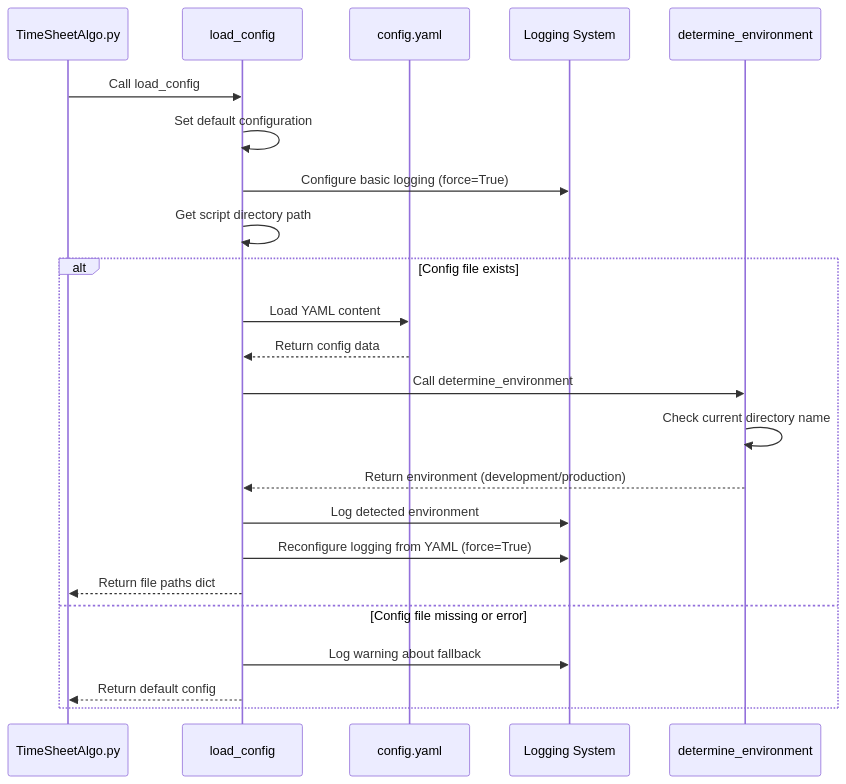
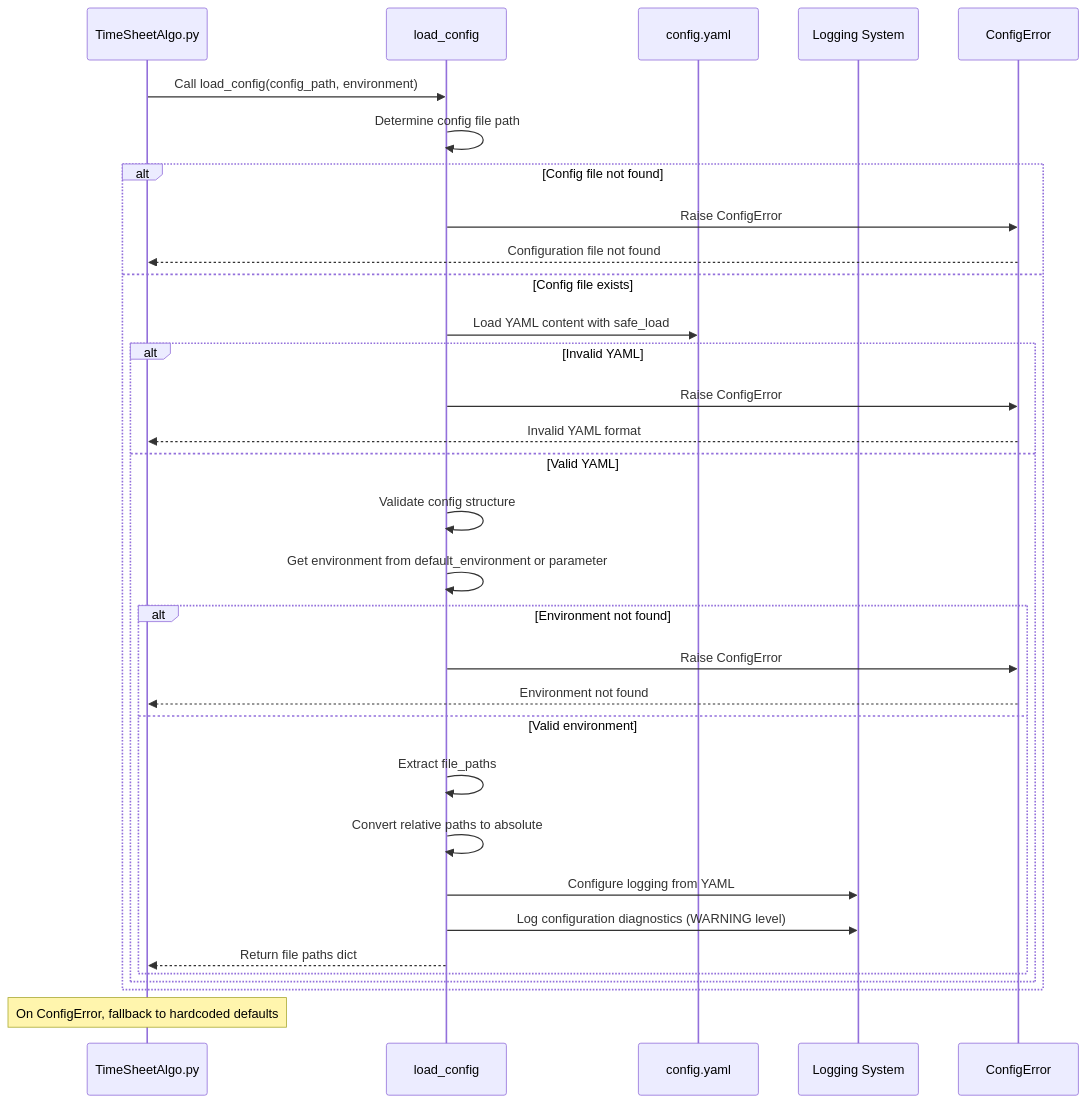
One commit to DedeHa/TimeSheet changed the second of 7 diagrams in doc/Architecture_Diagrams.md. Above: the diagram before and after it, drawn with Mermaid. The commit also changed other lines of this file and 5 other files, not shown here.

Commit message:
docs(readme): update documentation structure and content

````diff
--- a/doc/Architecture_Diagrams.md
+++ b/doc/Architecture_Diagrams.md
@@ -56,27 +47,37 @@
 ```mermaid
 sequenceDiagram
     participant TSA as TimeSheetAlgo.py
     participant LCF as load_config
     participant CF as config.yaml
     participant LOG as Logging System
-    participant ED as determine_environment
+    participant CE as ConfigError
     
-    TSA->>LCF: Call load_config
-    LCF->>LCF: Set default configuration
-    LCF->>LOG: Configure basic logging (force=True)
-    LCF->>LCF: Get script directory path
+    TSA->>LCF: Call load_config(config_path, environment)
+    LCF->>LCF: Determine config file path
     
-    alt Config file exists
-        LCF->>CF: Load YAML content
-        CF-->>LCF: Return config data
-        LCF->>ED: Call determine_environment
-        ED->>ED: Check current directory name
-        ED-->>LCF: Return environment (development/production)
-        LCF->>LOG: Log detected environment
-        LCF->>LOG: Reconfigure logging from YAML (force=True)
-        LCF-->>TSA: Return file paths dict
-    else Config file missing or error
-        LCF->>LOG: Log warning about fallback
-        LCF-->>TSA: Return default config
+    alt Config file not found
+        LCF->>CE: Raise ConfigError
+        CE-->>TSA: Configuration file not found
+    else Config file exists
+        LCF->>CF: Load YAML content with safe_load
+        alt Invalid YAML
+            LCF->>CE: Raise ConfigError
+            CE-->>TSA: Invalid YAML format
+        else Valid YAML
+            LCF->>LCF: Validate config structure
+            LCF->>LCF: Get environment from default_environment or parameter
+            alt Environment not found
+                LCF->>CE: Raise ConfigError
+                CE-->>TSA: Environment not found
+            else Valid environment
+                LCF->>LCF: Extract file_paths
+                LCF->>LCF: Convert relative paths to absolute
+                LCF->>LOG: Configure logging from YAML
+                LCF->>LOG: Log configuration diagnostics (WARNING level)
+                LCF-->>TSA: Return file paths dict
+            end
+        end
     end
+    
+    Note over TSA: On ConfigError, fallback to hardcoded defaults
 ```
````
